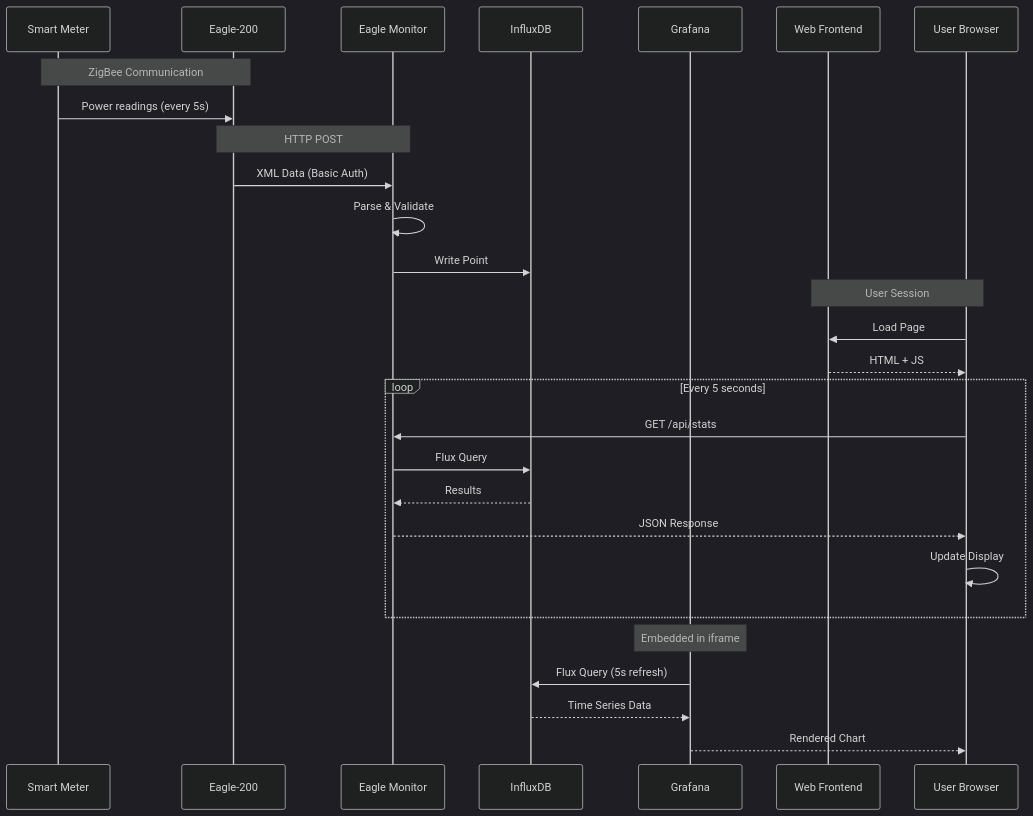
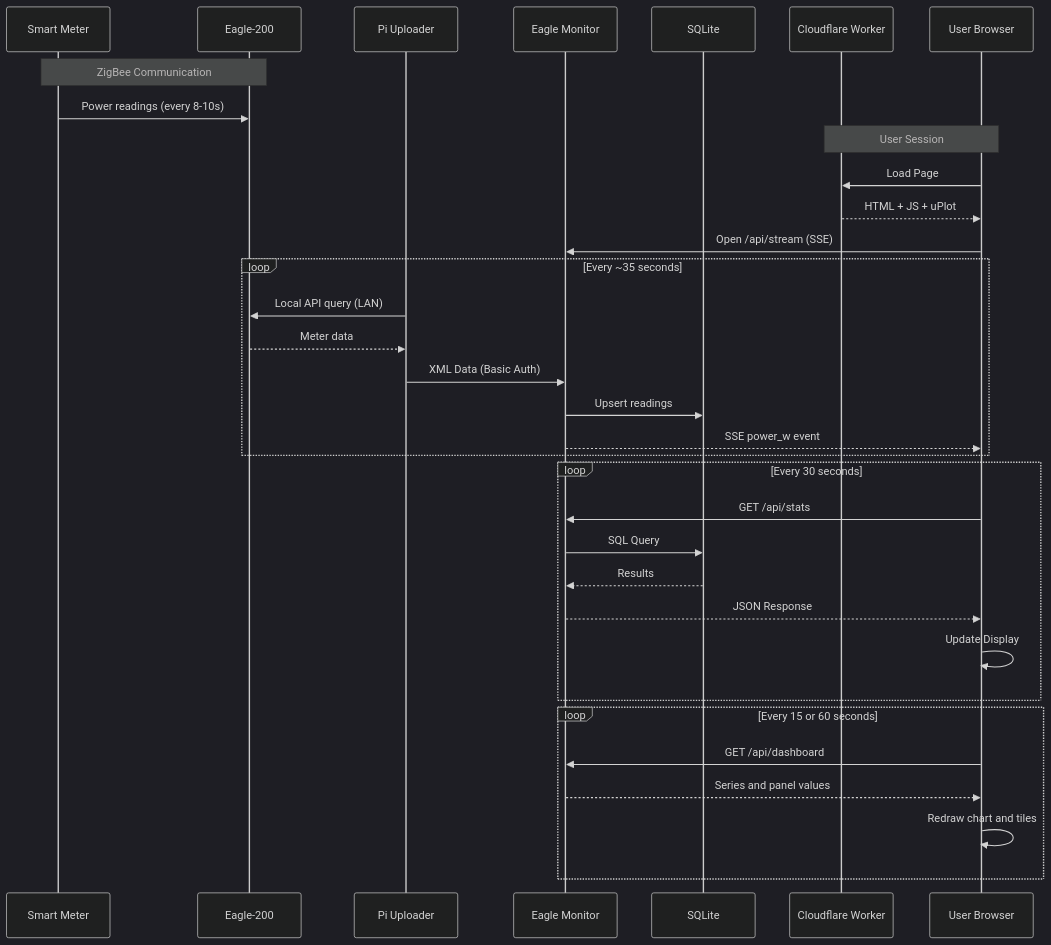
Before and after one commit to murr2k/linknode-com: the fifth of 9 diagrams in docs/THEORY_OF_OPERATION.md, drawn with Mermaid (dark theme). The commit also changed other lines of this file and 47 other files, not shown here.

````diff
--- a/docs/THEORY_OF_OPERATION.md
+++ b/docs/THEORY_OF_OPERATION.md
@@ -279,35 +308,40 @@
 ```mermaid
 sequenceDiagram
     participant SM as Smart Meter
     participant E200 as Eagle-200
+    participant PI as Pi Uploader
     participant EM as Eagle Monitor
-    participant IDB as InfluxDB
-    participant GF as Grafana
-    participant WEB as Web Frontend
+    participant DB as SQLite
+    participant CF as Cloudflare Worker
     participant USER as User Browser
 
     Note over SM,E200: ZigBee Communication
-    SM->>E200: Power readings (every 5s)
+    SM->>E200: Power readings (every 8-10s)
 
-    Note over E200,EM: HTTP POST
-    E200->>EM: XML Data (Basic Auth)
-    EM->>EM: Parse & Validate
-    EM->>IDB: Write Point
+    Note over USER,CF: User Session
+    USER->>CF: Load Page
+    CF-->>USER: HTML + JS + uPlot
+    USER->>EM: Open /api/stream (SSE)
 
-    Note over USER,WEB: User Session
-    USER->>WEB: Load Page
-    WEB-->>USER: HTML + JS
+    loop Every ~35 seconds
+        PI->>E200: Local API query (LAN)
+        E200-->>PI: Meter data
+        PI->>EM: XML Data (Basic Auth)
+        EM->>DB: Upsert readings
+        EM-->>USER: SSE power_w event
+    end
 
-    loop Every 5 seconds
+    loop Every 30 seconds
         USER->>EM: GET /api/stats
-        EM->>IDB: Flux Query
-        IDB-->>EM: Results
+        EM->>DB: SQL Query
+        DB-->>EM: Results
         EM-->>USER: JSON Response
         USER->>USER: Update Display
     end
 
-    Note over GF: Embedded in iframe
-    GF->>IDB: Flux Query (5s refresh)
-    IDB-->>GF: Time Series Data
-    GF-->>USER: Rendered Chart
+    loop Every 15 or 60 seconds
+        USER->>EM: GET /api/dashboard
+        EM-->>USER: Series and panel values
+        USER->>USER: Redraw chart and tiles
+    end
 ```
````
